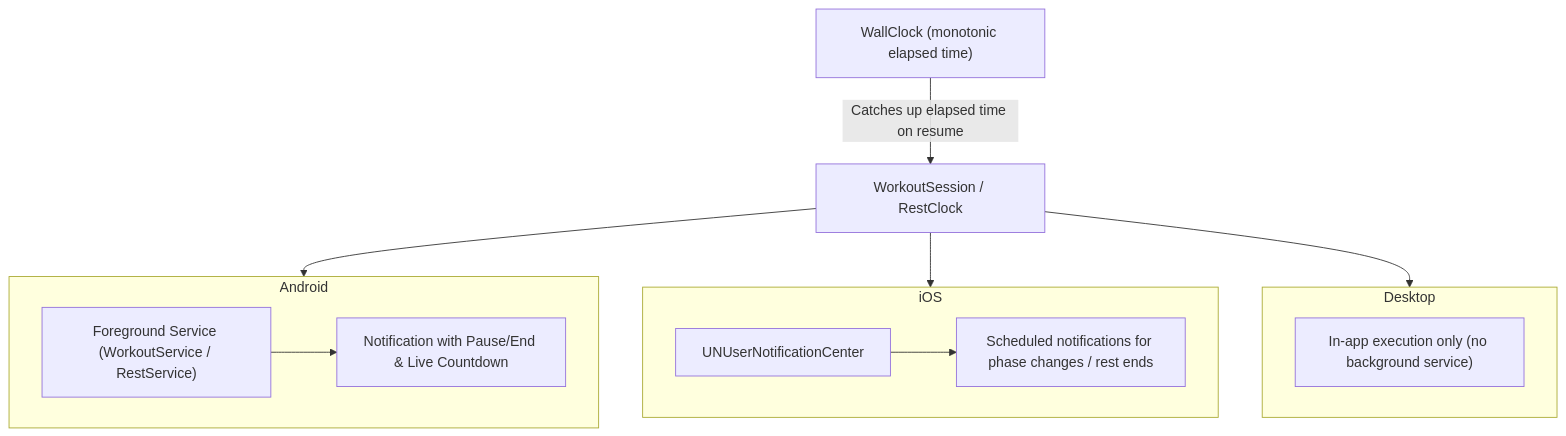
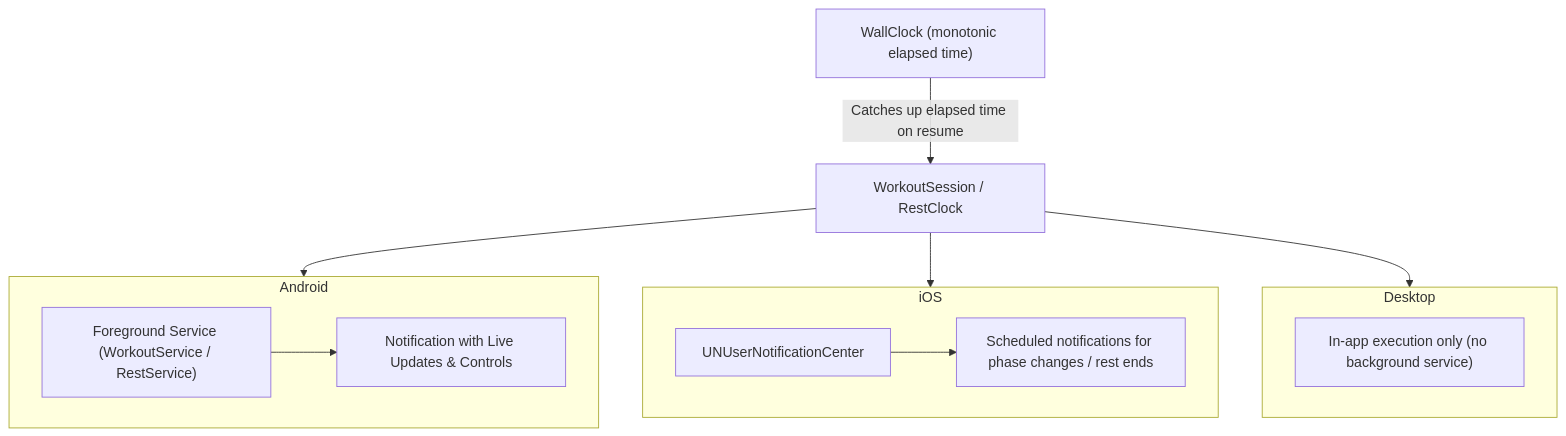
One commit to smithjustinn84-netizen/interval changed the second of 2 diagrams in docs/architecture.md. Above: the diagram before and after it, drawn with Mermaid. The commit also changed other lines of this file and 4 other files, not shown here.

First line of the commit message:
Docs: README, architecture and release notes brought up to 0.3 and the architecture sprint

````diff
--- a/docs/architecture.md
+++ b/docs/architecture.md
@@ -280,26 +303,26 @@
 ```mermaid
 flowchart TD
     VM["WorkoutSession / RestClock"]
     Clock["WallClock (monotonic elapsed time)"]
     Clock -->|Catches up elapsed time on resume| VM
 
     subgraph AndroidExecution ["Android"]
         Service["Foreground Service (WorkoutService / RestService)"]
-        Notif["Notification with Pause/End & Live Countdown"]
+        Notif["Notification with Live Updates & Controls"]
         Service --> Notif
     end
 
     subgraph IOSExecution ["iOS"]
         LocalNotifs["UNUserNotificationCenter"]
         Scheduled["Scheduled notifications for phase changes / rest ends"]
         LocalNotifs --> Scheduled
     end
 
     subgraph DesktopExecution ["Desktop"]
         Noop["In-app execution only (no background service)"]
     end
 
     VM --> AndroidExecution
     VM --> IOSExecution
     VM --> DesktopExecution
 ```
````
